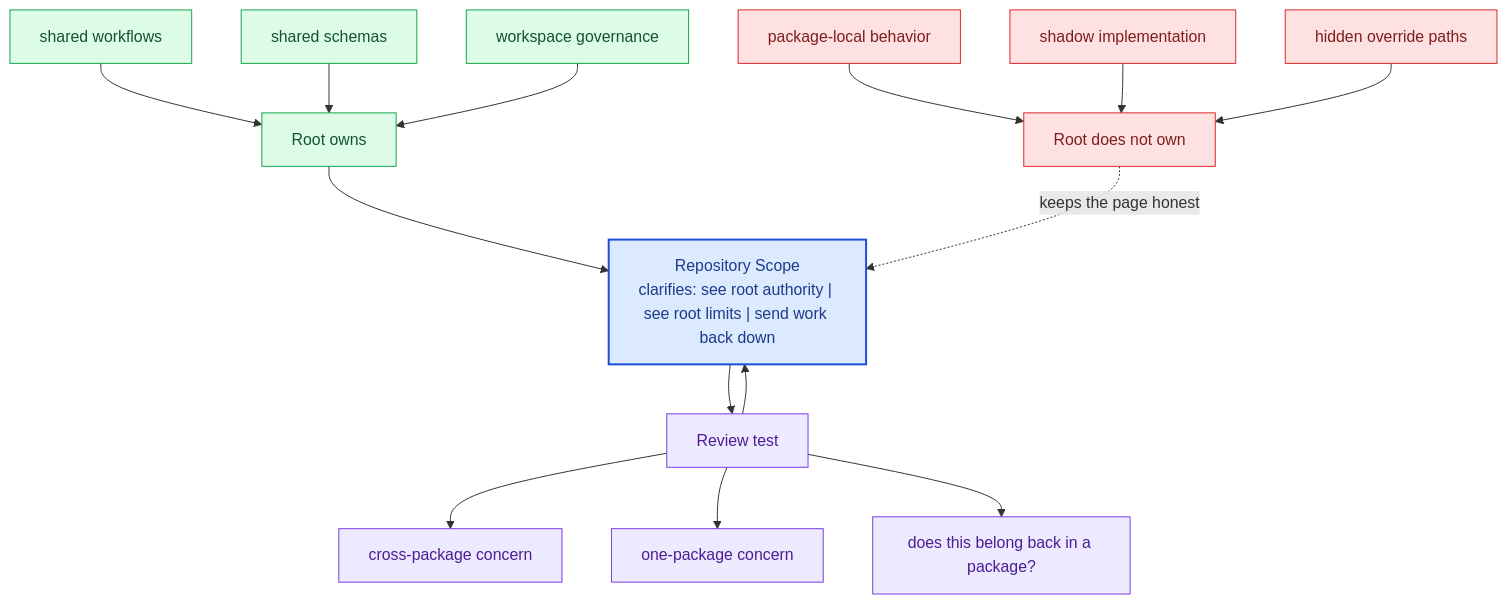
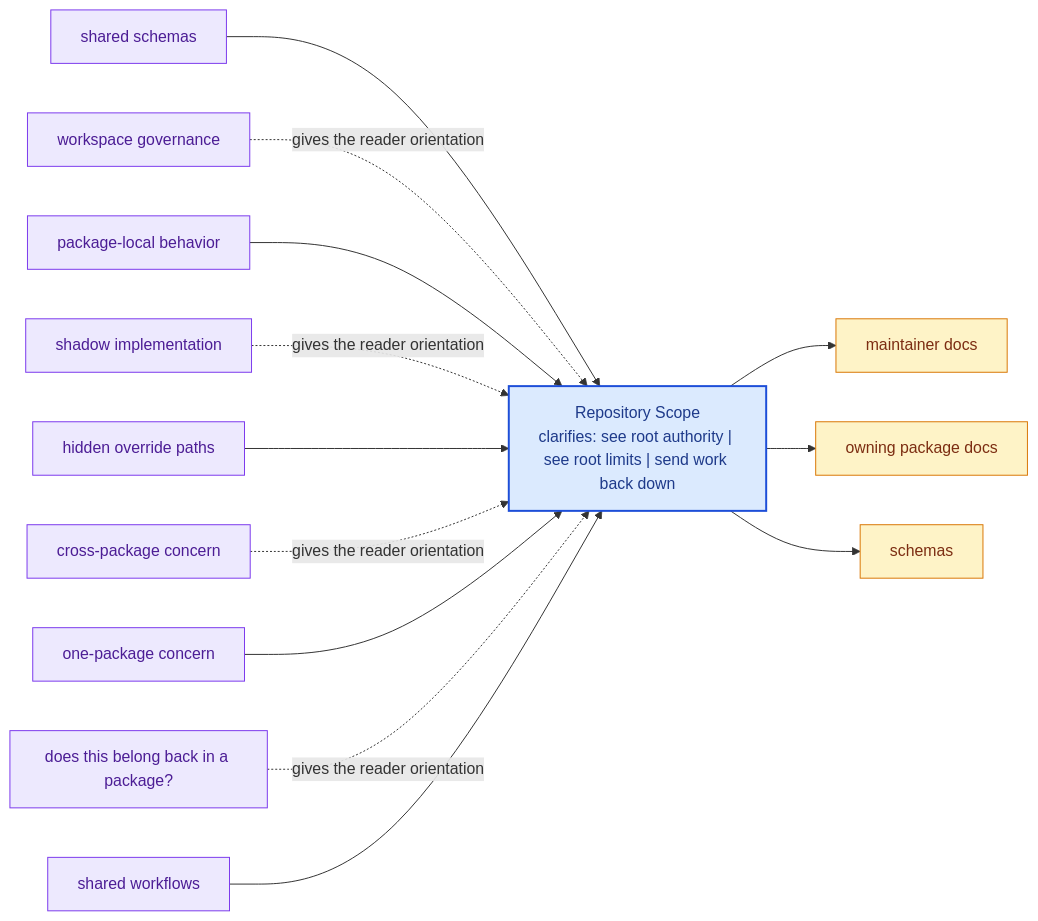
One commit to bijux/bijux-canon changed the diagram in docs/bijux-canon/repository-scope.md. Above: the diagram before and after it, drawn with Mermaid. The commit also changed other lines of this file and 281 other files, not shown here.

Commit message:
docs(diagrams): replace repeated mermaid scaffolds with page-specific summaries

````diff
--- a/docs/bijux-canon/repository-scope.md
+++ b/docs/bijux-canon/repository-scope.md
@@ -70,40 +25,36 @@
 ```mermaid
-flowchart TB
-    promise["Repository Scope<br/>clarifies: see root authority | see root limits | send work back down"]
-    classDef promise fill:#dbeafe,stroke:#1d4ed8,color:#1e3a8a,stroke-width:2px;
-    classDef driver fill:#dcfce7,stroke:#16a34a,color:#14532d;
-    classDef constraint fill:#fee2e2,stroke:#dc2626,color:#7f1d1d;
-    classDef ground fill:#ede9fe,stroke:#7c3aed,color:#4c1d95;
-    focus1["Root owns"]
-    focus1 --> promise
-    focus1_1["shared workflows"]
-    focus1_1 --> focus1
-    focus1_2["shared schemas"]
-    focus1_2 --> focus1
-    focus1_3["workspace governance"]
-    focus1_3 --> focus1
-    class focus1 driver;
-    class focus1_1,focus1_2,focus1_3 driver;
-    focus2["Root does not own"]
-    focus2 -.keeps the page honest.-> promise
-    focus2_1["package-local behavior"]
-    focus2_1 --> focus2
-    focus2_2["shadow implementation"]
-    focus2_2 --> focus2
-    focus2_3["hidden override paths"]
-    focus2_3 --> focus2
-    class focus2 constraint;
-    class focus2_1,focus2_2,focus2_3 constraint;
-    focus3["Review test"]
-    focus3 --> promise
-    promise --> focus3
-    focus3_1["cross-package concern"]
-    focus3 --> focus3_1
-    focus3_2["one-package concern"]
-    focus3 --> focus3_2
-    focus3_3["does this belong back in a package?"]
-    focus3 --> focus3_3
-    class focus3 ground;
-    class focus3_1,focus3_2,focus3_3 ground;
-    class promise promise;
+flowchart LR
+    page["Repository Scope<br/>clarifies: see root authority | see root limits | send work back down"]
+    classDef page fill:#dbeafe,stroke:#1d4ed8,color:#1e3a8a,stroke-width:2px;
+    classDef positive fill:#dcfce7,stroke:#16a34a,color:#14532d;
+    classDef caution fill:#fee2e2,stroke:#dc2626,color:#7f1d1d;
+    classDef anchor fill:#ede9fe,stroke:#7c3aed,color:#4c1d95;
+    classDef action fill:#fef3c7,stroke:#d97706,color:#7c2d12;
+    detail1["shared schemas"]
+    detail1 --> page
+    detail2["workspace governance"]
+    detail2 -.gives the reader orientation.-> page
+    detail3["package-local behavior"]
+    detail3 --> page
+    detail4["shadow implementation"]
+    detail4 -.gives the reader orientation.-> page
+    detail5["hidden override paths"]
+    detail5 --> page
+    detail6["cross-package concern"]
+    detail6 -.gives the reader orientation.-> page
+    detail7["one-package concern"]
+    detail7 --> page
+    detail8["does this belong back in a package?"]
+    detail8 -.gives the reader orientation.-> page
+    detail9["shared workflows"]
+    detail9 --> page
+    next1["maintainer docs"]
+    page --> next1
+    next2["owning package docs"]
+    page --> next2
+    next3["schemas"]
+    page --> next3
+    class page page;
+    class detail1,detail2,detail3,detail4,detail5,detail6,detail7,detail8,detail9 anchor;
+    class next1,next2,next3 action;
 ```
````
